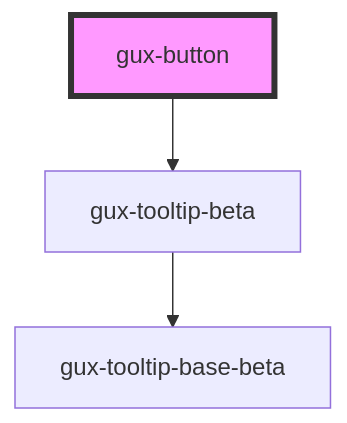
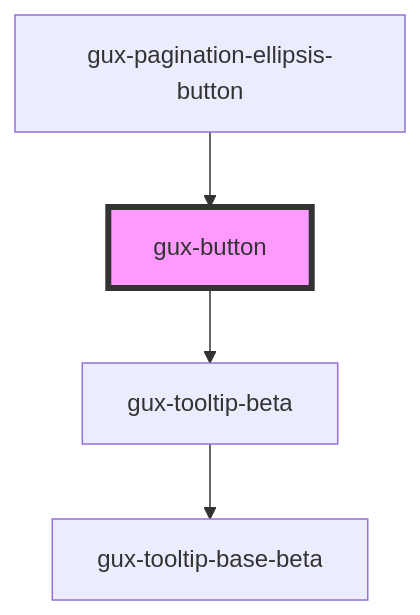
One commit to MyPureCloud/genesys-spark changed the diagram in packages/genesys-spark-components/src/components/stable/gux-button/readme.md. Above: the diagram before and after it, drawn with Mermaid. The commit also changed other lines of this file and 3 other files, not shown here.

````diff
--- a/packages/genesys-spark-components/src/components/stable/gux-button/readme.md
+++ b/packages/genesys-spark-components/src/components/stable/gux-button/readme.md
@@ -33,6 +37,7 @@
 ```mermaid
 graph TD;
   gux-button --> gux-tooltip-beta
   gux-tooltip-beta --> gux-tooltip-base-beta
+  gux-pagination-ellipsis-button --> gux-button
   style gux-button fill:#f9f,stroke:#333,stroke-width:4px
 ```
````
